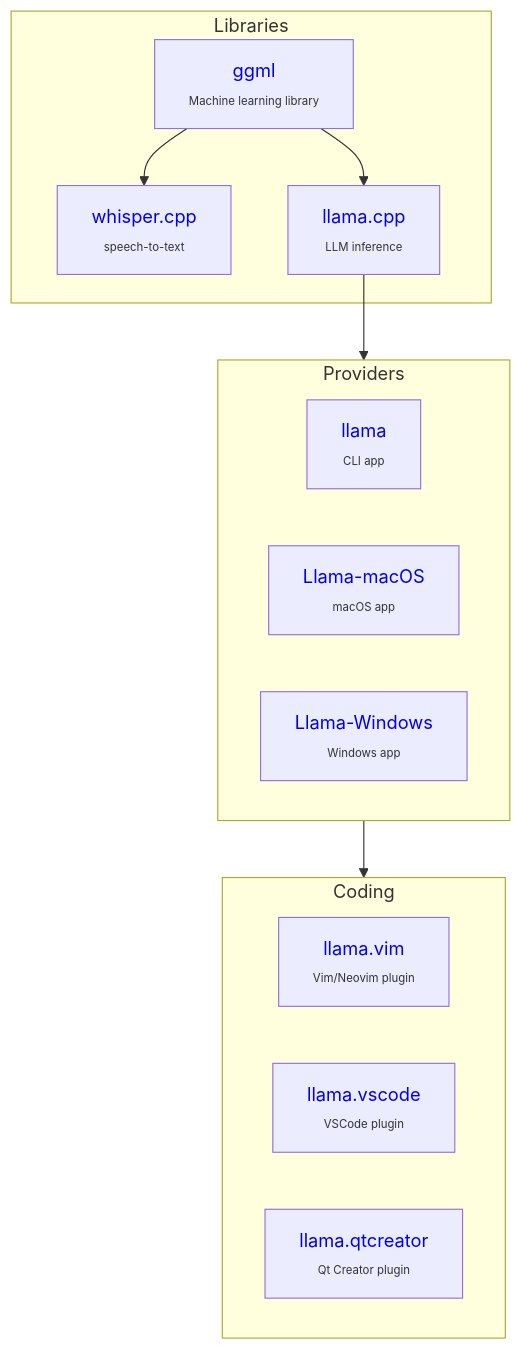
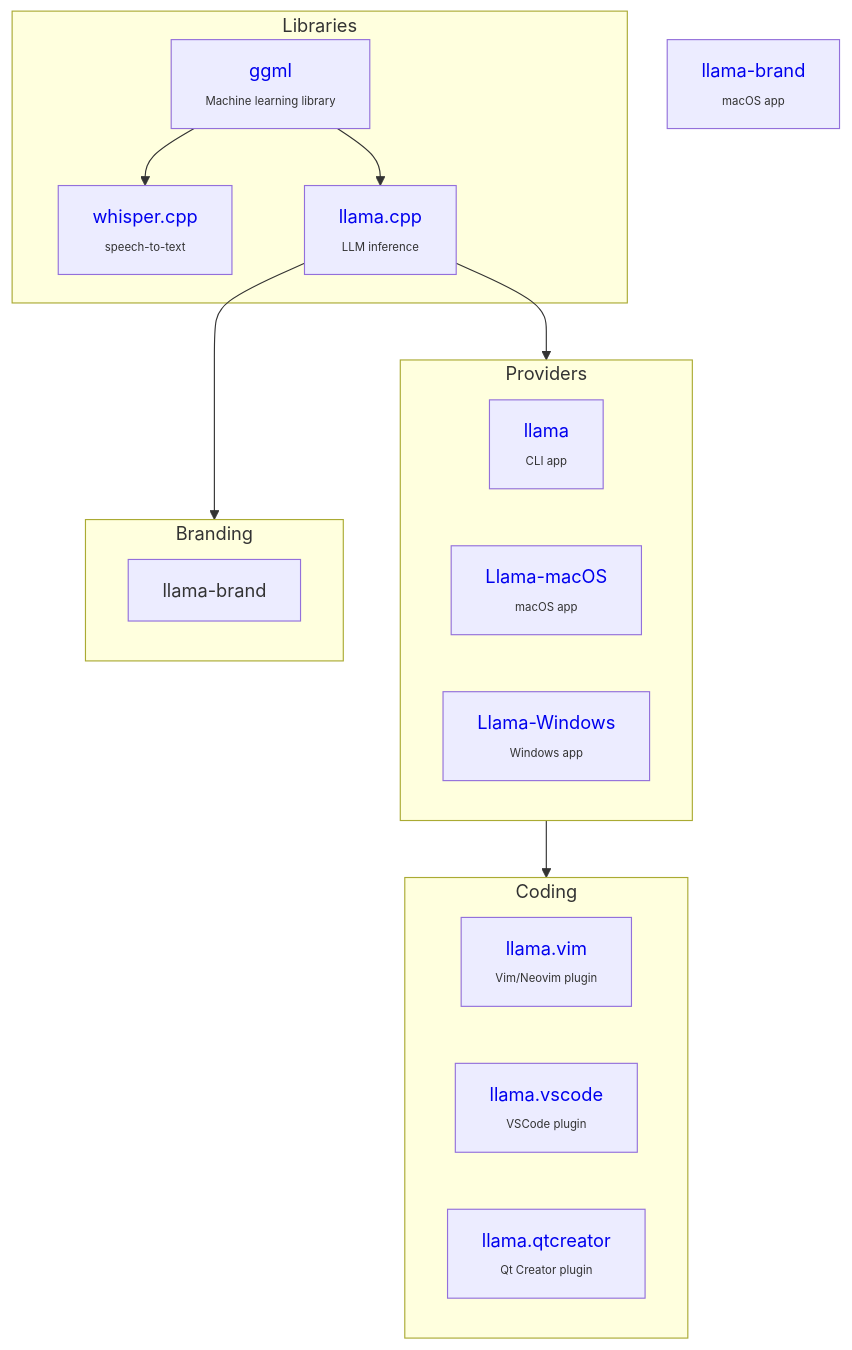
Before and after one commit to ggml-org/.github: the diagram in profile/README.md, drawn with Mermaid.

Commit message:
diagram : add llama-brand

````diff
--- a/profile/README.md
+++ b/profile/README.md
@@ -8,35 +8,41 @@
 ```mermaid
 graph TD;
 ggml --> whisper.cpp
 ggml --> llama.cpp
 llama.cpp --> providers
+llama.cpp --> branding
 providers --> coding
 
 subgraph libraries[Libraries]
     ggml
     llama.cpp
     whisper.cpp
 end
 
 subgraph coding[Coding]
     llama.vim
     llama.vscode
     llama.qtcreator
 end
 
 subgraph providers[Providers]
     llama
     Llama-macOS
     Llama-Windows
 end
 
+subgraph branding[Branding]
+    llama-brand
+end
+
 ggml[<a href="https://github.com/ggml-org/ggml"                       style="text-decoration:none;">ggml</a>            <br><span style="font-size:10px;">Machine learning library</span>];
 whisper.cpp[<a href="https://github.com/ggml-org/whisper.cpp"         style="text-decoration:none;">whisper.cpp</a>     <br><span style="font-size:10px;">speech-to-text</span>];
 llama.cpp[<a href="https://github.com/ggml-org/llama.cpp"             style="text-decoration:none;">llama.cpp</a>       <br><span style="font-size:10px;">LLM inference</span>];
 llama.vim[<a href="https://github.com/ggml-org/llama.vim"             style="text-decoration:none;">llama.vim</a>       <br><span style="font-size:10px;">Vim/Neovim plugin</span>];
 llama.vscode[<a href="https://github.com/ggml-org/llama.vscode"       style="text-decoration:none;">llama.vscode</a>    <br><span style="font-size:10px;">VSCode plugin</span>];
 llama.qtcreator[<a href="https://github.com/ggml-org/llama.qtcreator" style="text-decoration:none;">llama.qtcreator</a> <br><span style="font-size:10px;">Qt Creator plugin</span>];
 llama[<a href="https://llama.app"                                     style="text-decoration:none;">llama</a>           <br><span style="font-size:10px;">CLI app</span>];
 Llama-macOS[<a href="https://github.com/ggml-org/Llama-macOS"         style="text-decoration:none;">Llama-macOS</a>     <br><span style="font-size:10px;">macOS app</span>];
 Llama-Windows[<a href="https://github.com/ggml-org/Llama-Windows"     style="text-decoration:none;">Llama-Windows</a>   <br><span style="font-size:10px;">Windows app</span>];
+Llama-brand[<a href="https://github.com/ggml-org/llama-brand"         style="text-decoration:none;">llama-brand</a>     <br><span style="font-size:10px;">macOS app</span>];
 ```
````
